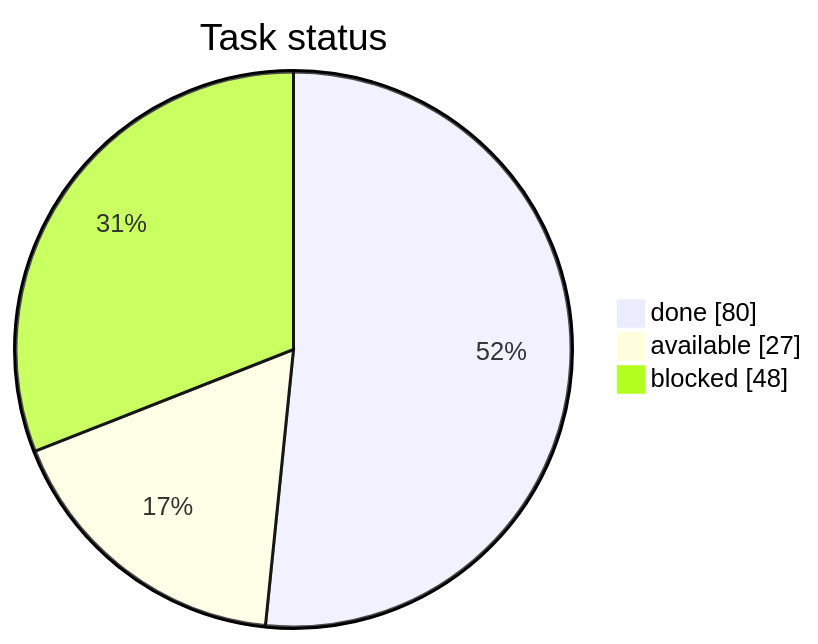
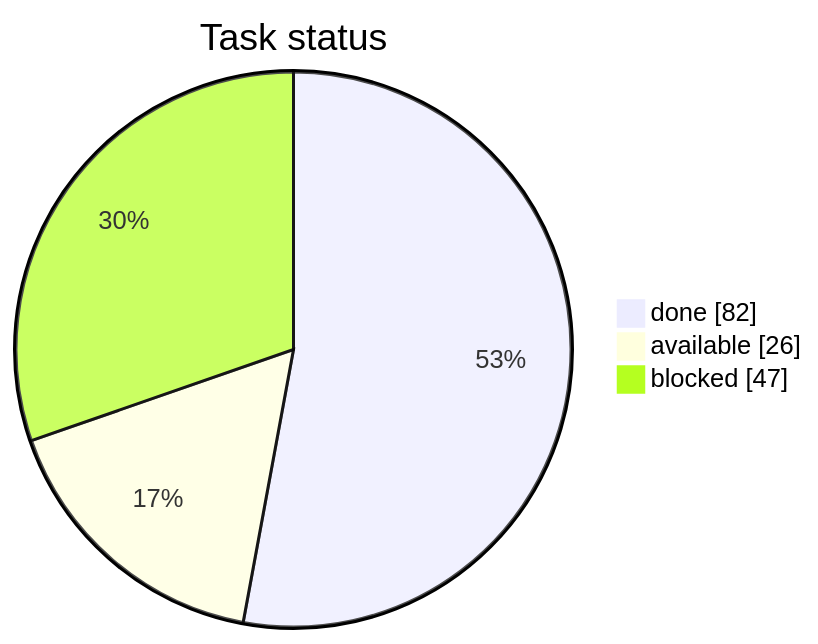
The first of 3 diagrams in STATUS.md (artemiiShabanov/RallyRivals), drawn with Mermaid before and after one commit. The commit also changed other lines of this file and 4 other files, not shown here.

````diff
--- a/STATUS.md
+++ b/STATUS.md
@@ -7,7 +7,7 @@
 ```mermaid
 pie showData
     title Task status
-    "done" : 80
-    "available" : 27
-    "blocked" : 48
+    "done" : 82
+    "available" : 26
+    "blocked" : 47
 ```
````
